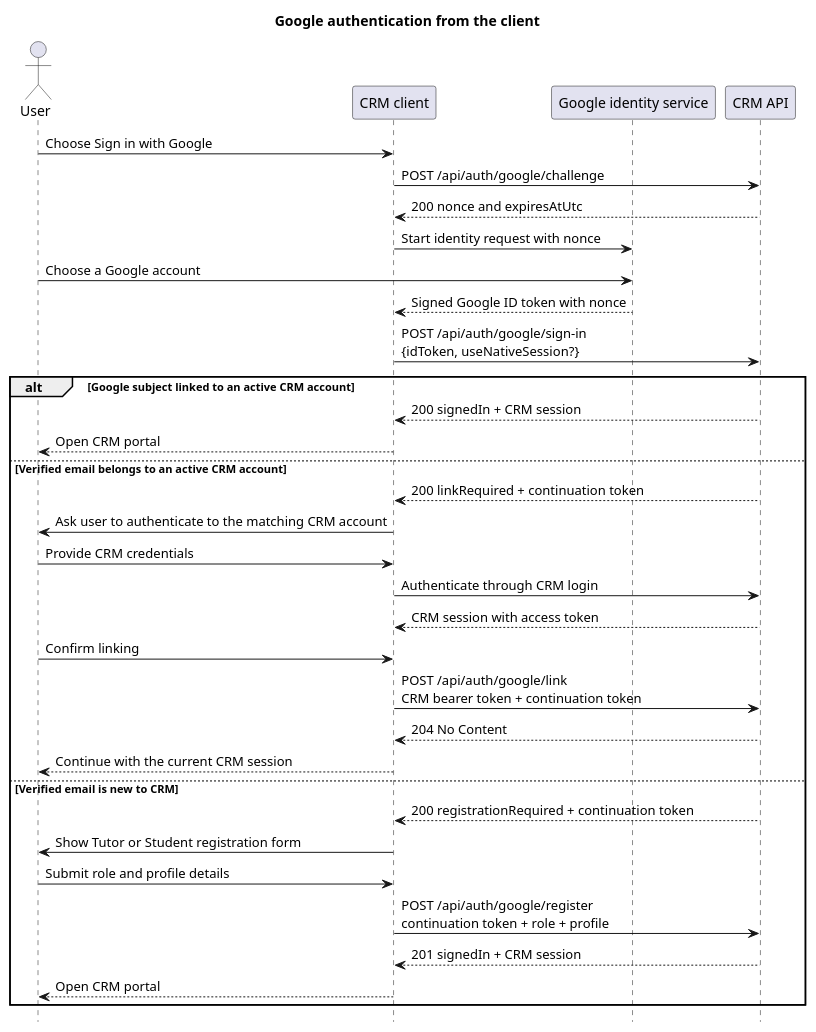
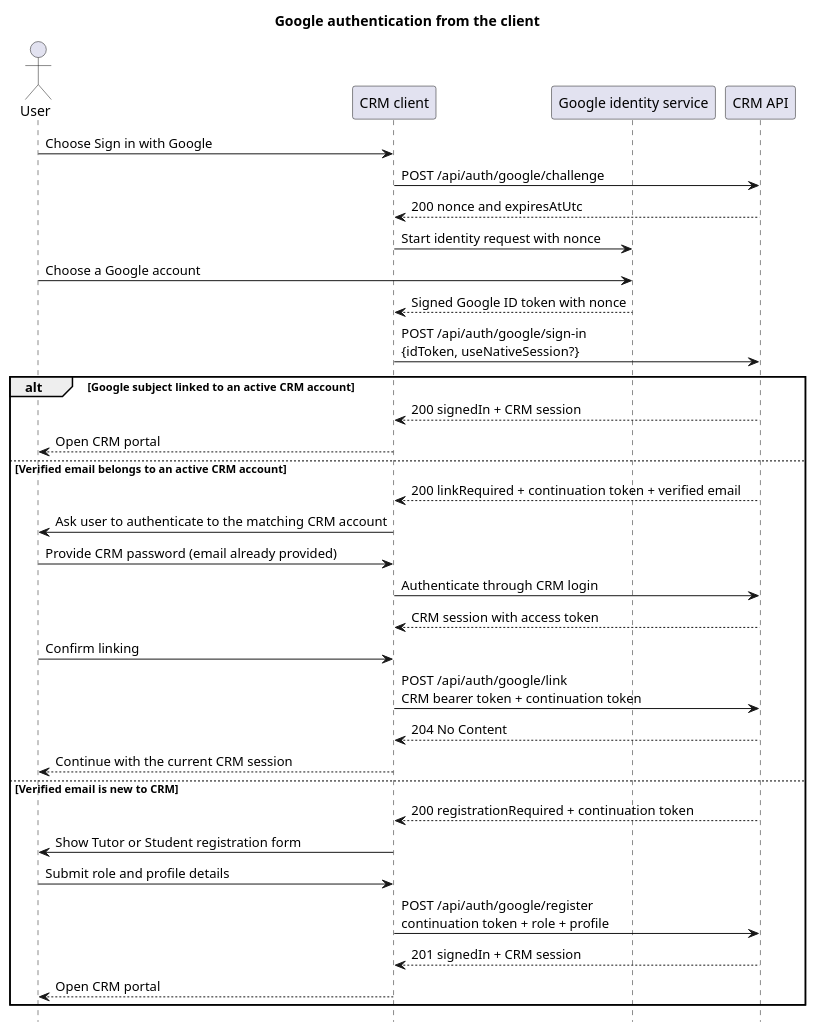
The diagram in docs/technical_docs/backend_docs/user_stories/us_073/diagrams/google-auth-flow.puml (JStec0312/Tutoring-CRM-System), drawn with PlantUML before and after one commit. The commit also changed 15 other files, not shown here.

```diff
--- a/docs/technical_docs/backend_docs/user_stories/us_073/diagrams/google-auth-flow.puml
+++ b/docs/technical_docs/backend_docs/user_stories/us_073/diagrams/google-auth-flow.puml
@@ -1,39 +1,39 @@
 @startuml google-auth-flow
 title Google authentication from the client
 hide footbox
 
 actor User
 participant "CRM client" as Client
 participant "Google identity service" as Google
 participant "CRM API" as Api
 
 User -> Client: Choose Sign in with Google
 Client -> Api: POST /api/auth/google/challenge
 Api --> Client: 200 nonce and expiresAtUtc
 Client -> Google: Start identity request with nonce
 User -> Google: Choose a Google account
 Google --> Client: Signed Google ID token with nonce
 Client -> Api: POST /api/auth/google/sign-in\n{idToken, useNativeSession?}
 
 alt Google subject linked to an active CRM account
     Api --> Client: 200 signedIn + CRM session
     Client --> User: Open CRM portal
 else Verified email belongs to an active CRM account
-    Api --> Client: 200 linkRequired + continuation token
+    Api --> Client: 200 linkRequired + continuation token + verified email
     Client -> User: Ask user to authenticate to the matching CRM account
-    User -> Client: Provide CRM credentials
+    User -> Client: Provide CRM password (email already provided)
     Client -> Api: Authenticate through CRM login
     Api --> Client: CRM session with access token
     User -> Client: Confirm linking
     Client -> Api: POST /api/auth/google/link\nCRM bearer token + continuation token
     Api --> Client: 204 No Content
     Client --> User: Continue with the current CRM session
 else Verified email is new to CRM
     Api --> Client: 200 registrationRequired + continuation token
     Client -> User: Show Tutor or Student registration form
     User -> Client: Submit role and profile details
     Client -> Api: POST /api/auth/google/register\ncontinuation token + role + profile
     Api --> Client: 201 signedIn + CRM session
     Client --> User: Open CRM portal
 end
 @enduml
```
